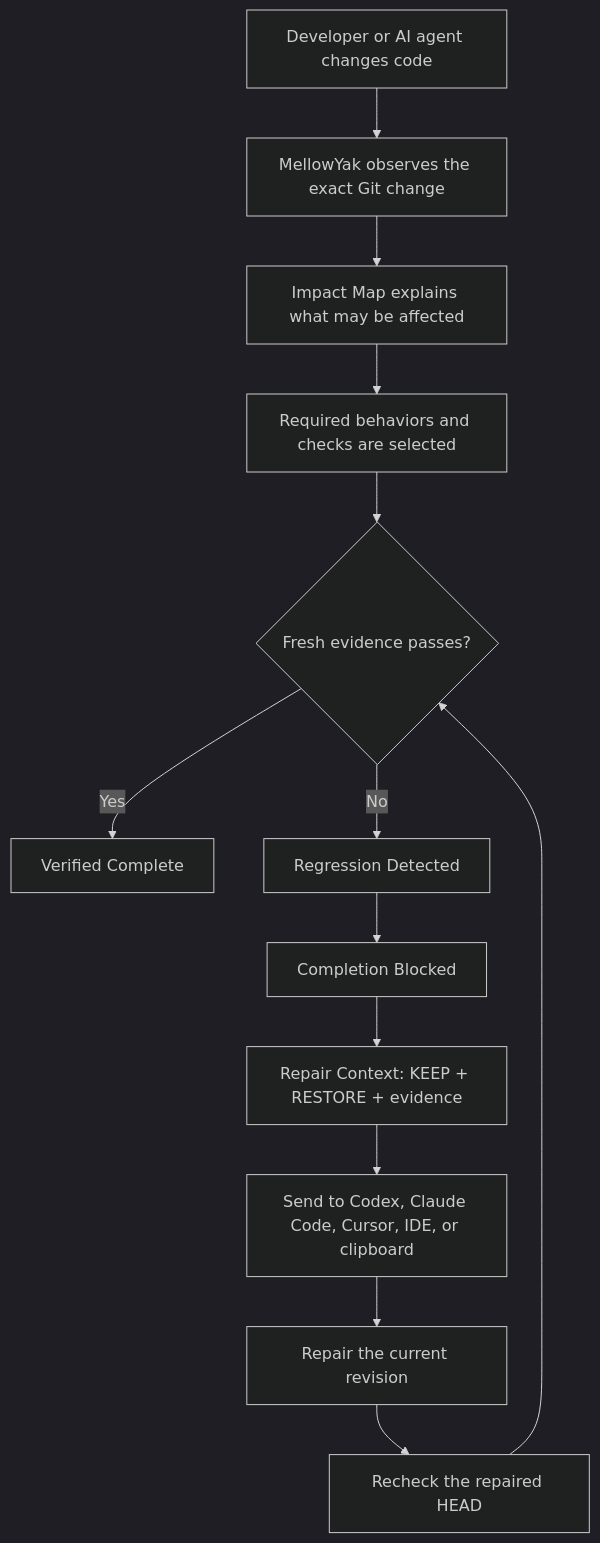
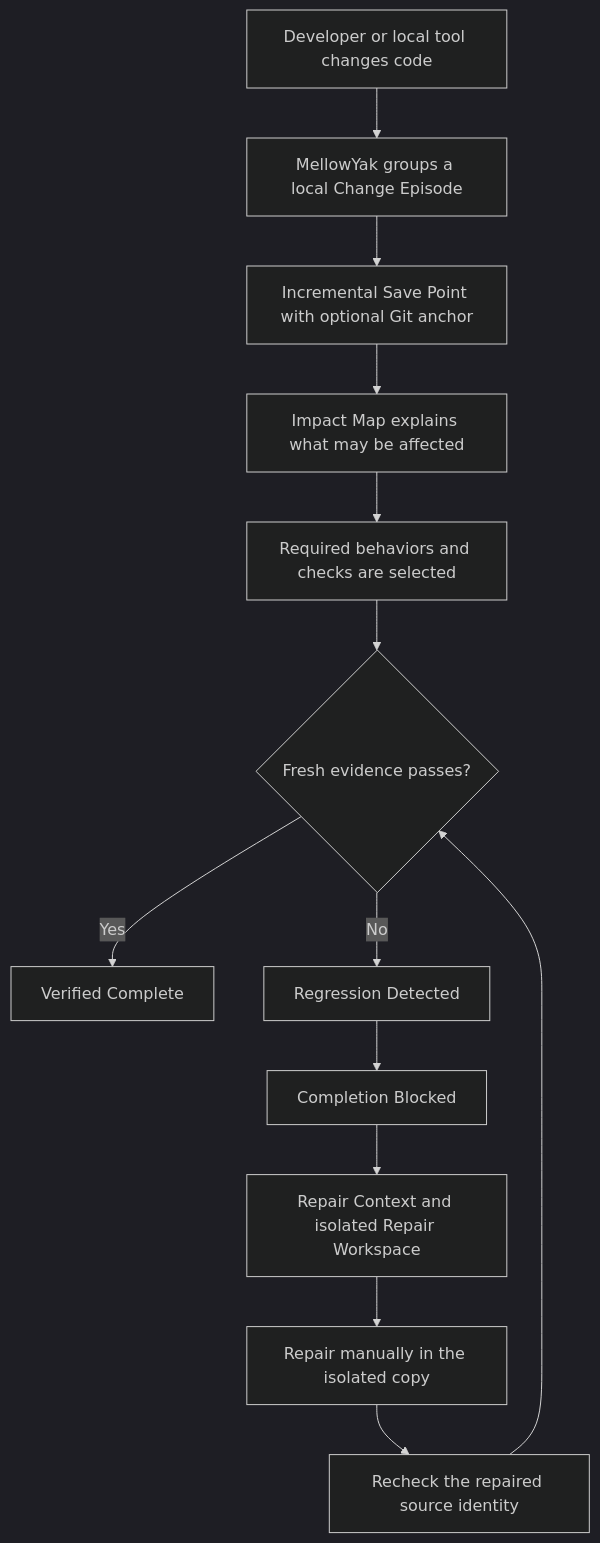
The first of 2 diagrams in README.md (MellowYAK/mellowyak), drawn with Mermaid (dark theme) before and after one commit. The commit also changed other lines of this file and 114 other files, not shown here.

````diff
--- a/README.md
+++ b/README.md
@@ -71,15 +71,15 @@
 ```mermaid
 flowchart TD
-    A[Developer or AI agent changes code] --> B[MellowYak observes the exact Git change]
-    B --> C[Impact Map explains what may be affected]
+    A[Developer or local tool changes code] --> B[MellowYak groups a local Change Episode]
+    B --> S[Incremental Save Point with optional Git anchor]
+    S --> C[Impact Map explains what may be affected]
     C --> D[Required behaviors and checks are selected]
     D --> E{Fresh evidence passes?}
     E -->|Yes| F[Verified Complete]
     E -->|No| G[Regression Detected]
     G --> H[Completion Blocked]
-    H --> I[Repair Context: KEEP + RESTORE + evidence]
-    I --> J[Send to Codex, Claude Code, Cursor, IDE, or clipboard]
-    J --> K[Repair the current revision]
-    K --> L[Recheck the repaired HEAD]
+    H --> I[Repair Context and isolated Repair Workspace]
+    I --> K[Repair manually in the isolated copy]
+    K --> L[Recheck the repaired source identity]
     L --> E
 ```
````
